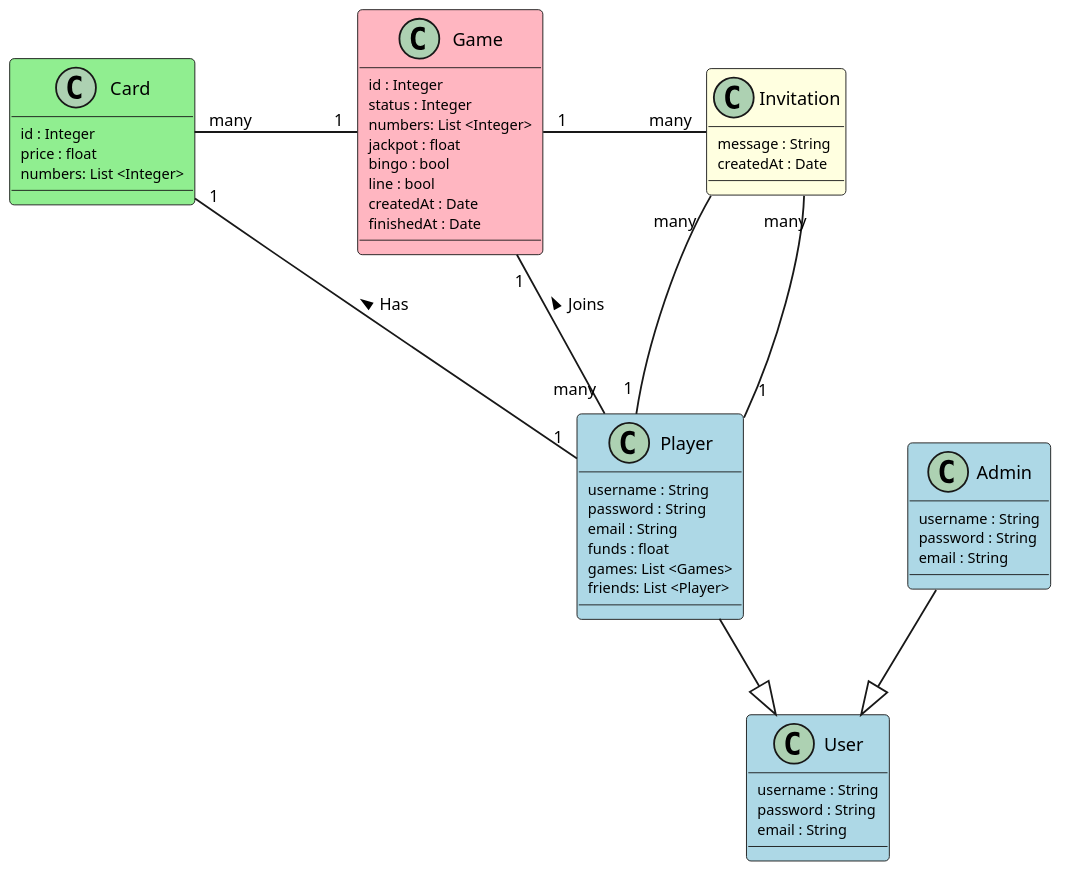
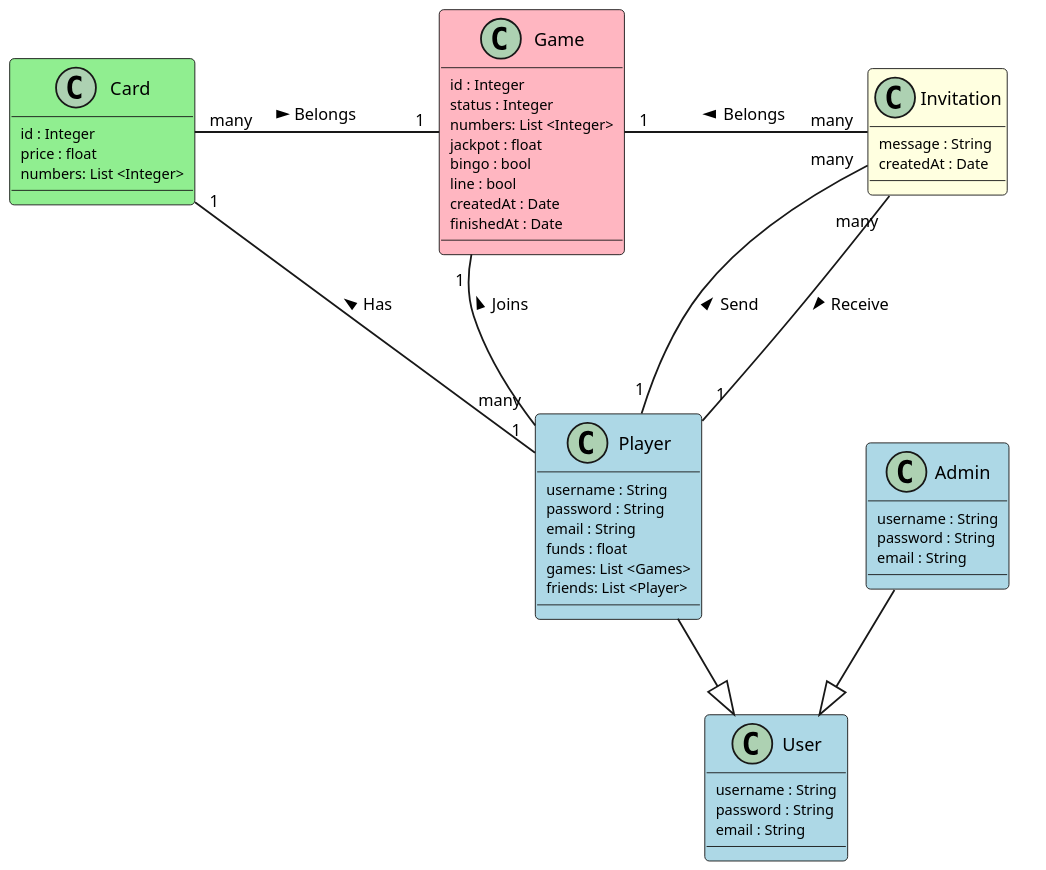
One commit to rogargon/webingo-gei-api changed the diagram in entity_model.puml. Above: the diagram before and after it, drawn with PlantUML.

Commit message:
Modified Entities Model

```diff
--- a/entity_model.puml
+++ b/entity_model.puml
@@ -1,88 +1,88 @@
 @startuml
 
 skinparam dpi 200
 skinparam classAttributeFontSize 8
 skinparam classArrowFontSize 9
 skinparam classFontSize 10
 skinparam nodesep 90
 skinparam ranksep 40
 hide stereotype
 
 skinparam class {
 	BackgroundColor White
 	BackgroundColor<<Game>> LightPink
 	BackgroundColor<<User>> LightBlue
 	BackgroundColor<<Card>> LightGreen
 	BackgroundColor<<Invitation>> LightYellow
 }
 skinparam shadowing false
 
 skinparam package<<Layout>> {
   borderColor Transparent
   backgroundColor Transparent
   fontColor Transparent
   stereotypeFontColor Transparent
 }
 
 class User <<User>> {
     username : String
     password : String
     email : String
 }
 
 package Users <<Layout>>{
     class Player <<User>> {
         username : String
         password : String
         email : String
         funds : float
         games: List <Games>
         friends: List <Player>
     }
 
     class Admin <<User>> {
     username : String
     password : String
     email : String
     }
 }
 
 class Card <<Card>> {
     id : Integer
     price : float
     numbers: List <Integer>
 }
 
 class Game <<Game>> {
     id : Integer
     status : Integer
     numbers: List <Integer>
     jackpot : float
     bingo : bool
     line : bool
     createdAt : Date
     finishedAt : Date
 }
 
 class Invitation <<Invitation>> {
     message : String
     createdAt : Date
 }
 
-Invitation "many" -- "1" Player
+Invitation "many" -- "1" Player : Send <
 
-Invitation "many" -- "1" Player
+Invitation "many" -- "1" Player : Receive >
 
-Invitation "many" -left- "1" Game
+Invitation "many" -left- "1" Game : Belongs >
 
-Game "1" -left- "many" Card
+Game "1" -left- "many" Card : Belongs <
 
 Player "1" -- "1" Card : Has >
 
 Player "many" -- "1" Game : Joins >
 
 Player " " --|> " " User
 
 Admin " " --|> " " User
 
 @enduml
```
